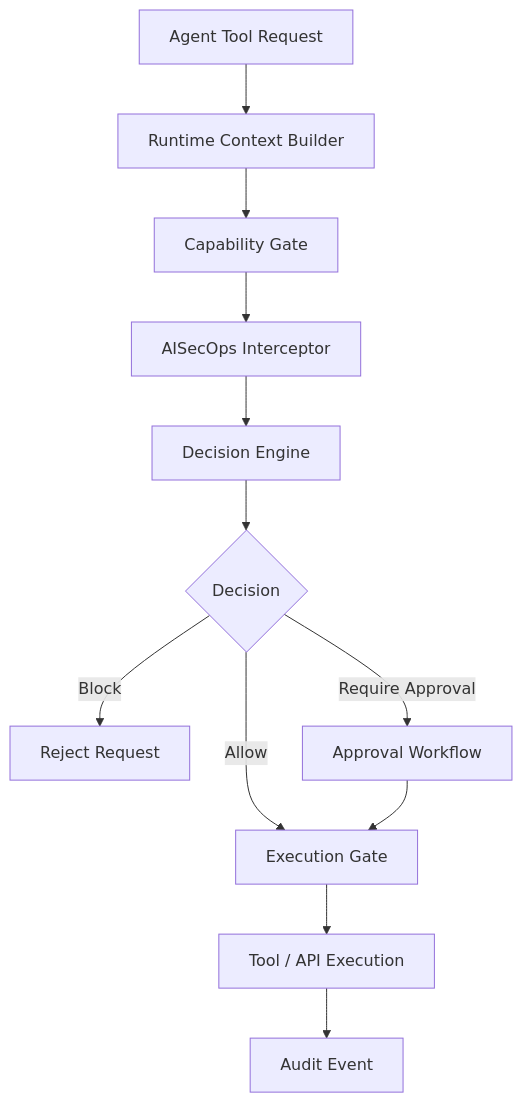
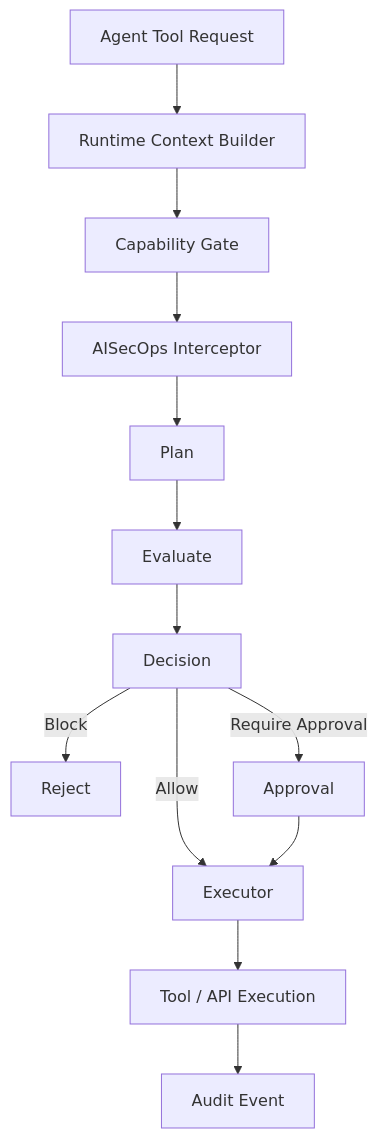
The fifth of 6 diagrams in README.md (viplavfauzdar/aisecops-interceptor), drawn with Mermaid before and after one commit. The commit also changed other lines of this file, not shown here.

Commit message:
Refresh README architecture docs

````diff
--- a/README.md
+++ b/README.md
@@ -773,27 +778,17 @@
 ```mermaid
 flowchart TD
 
 A[Agent Tool Request]
-
 A --> B[Runtime Context Builder]
-
 B --> C[Capability Gate]
-
 C --> D[AISecOps Interceptor]
-
-D --> E[Decision Engine]
-
-E --> F{Decision}
-
-F -->|Allow| G[Execution Gate]
-
-F -->|Block| H[Reject Request]
-
-F -->|Require Approval| I[Approval Workflow]
-
-I --> G
-
-G --> J[Tool / API Execution]
-
-J --> K[Audit Event]
+D --> E[Plan]
+E --> F[Evaluate]
+F --> G[Decision]
+G -->|Allow| H[Executor]
+G -->|Block| I[Reject]
+G -->|Require Approval| J[Approval]
+J --> H
+H --> K[Tool / API Execution]
+K --> L[Audit Event]
 ```
````
